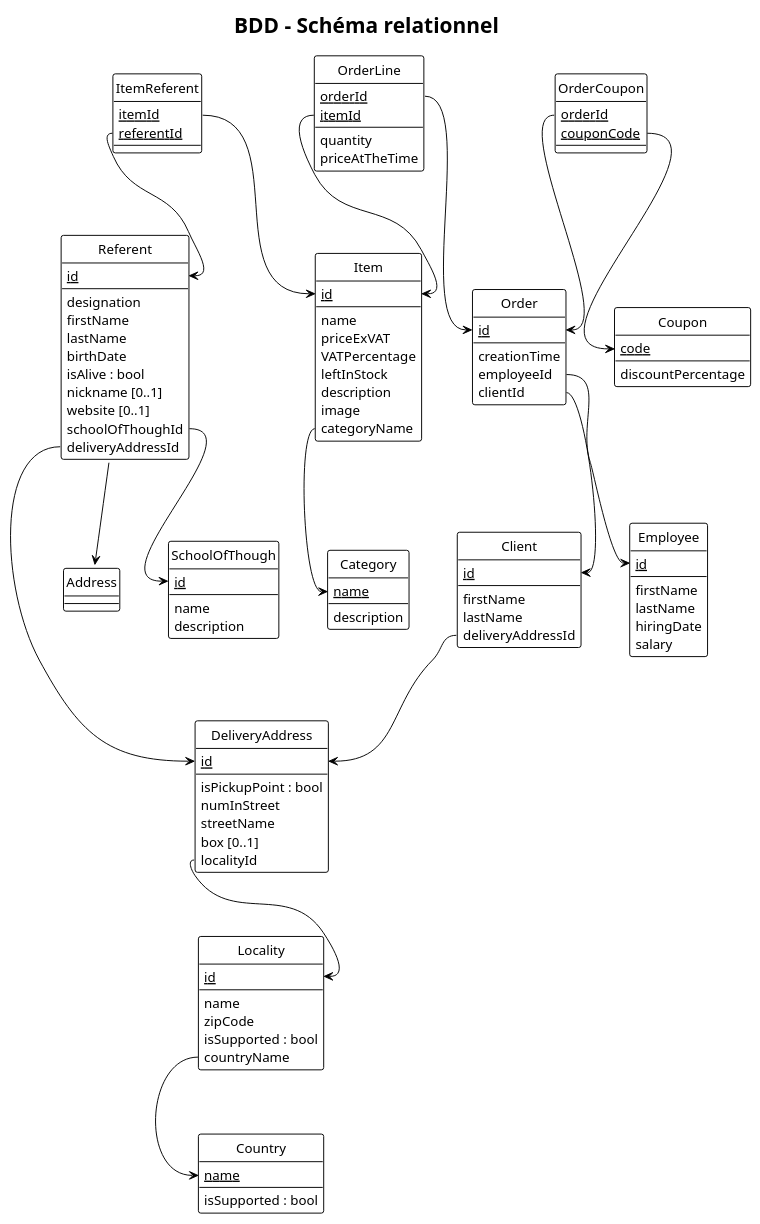
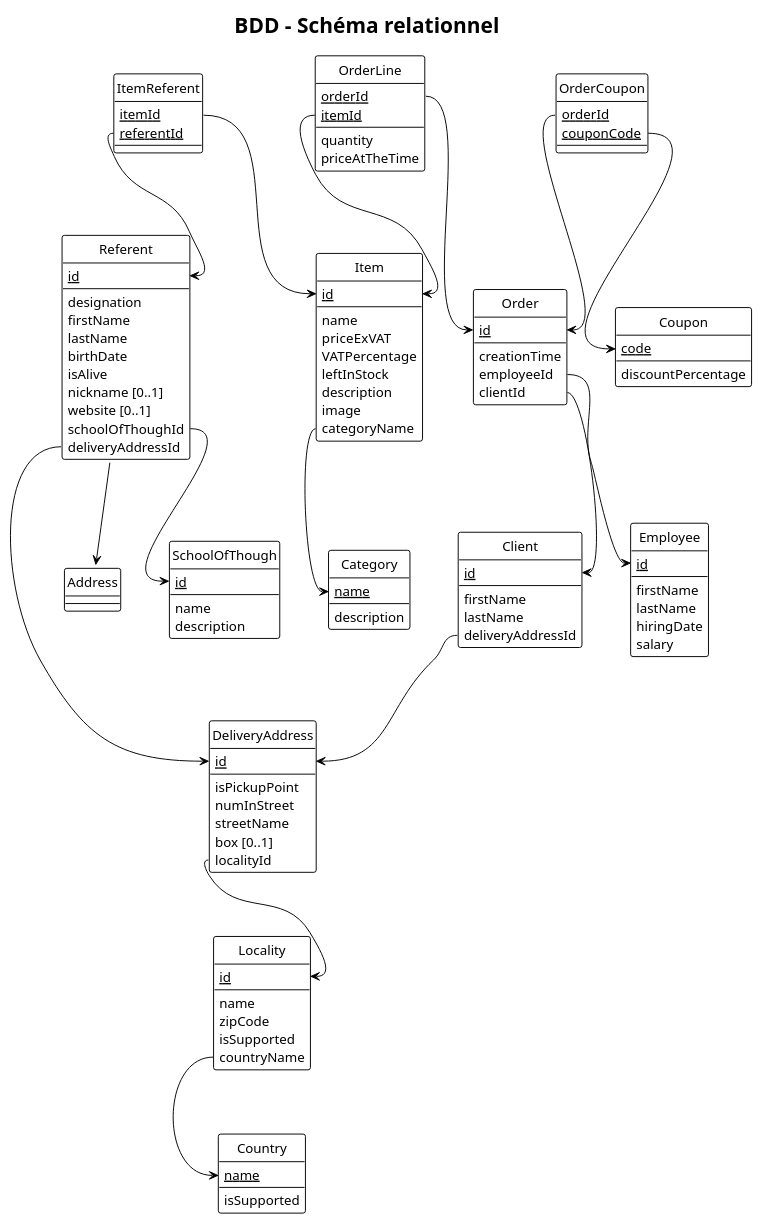
Before and after one commit to Keaexe/advanced_POO: the diagram in relational_DB_model.puml, drawn with PlantUML. The commit also changed 1 other file, not shown here.

Commit message:
Remove useless bool types

```diff
--- a/relational_DB_model.puml
+++ b/relational_DB_model.puml
@@ -1,132 +1,132 @@
 @startuml BDD - Schéma relationnel
 title BDD - Schéma relationnel
 !theme plain
 hide circle
 
 entity Item{
   <u>id</u>
   --
   name
   priceExVAT
   VATPercentage
   leftInStock
   description
   image
   categoryName
 }
 entity Category{
   <u>name</u>
   --
   description
 }
 entity Referent{
   <u>id</u>
   --
   designation
   firstName
   lastName
   birthDate
-  isAlive : bool
+  isAlive 
   nickname [0..1]
   website [0..1]
   schoolOfThoughId
   deliveryAddressId
 }
 entity SchoolOfThough{
   <u>id</u>
   --
   name
   description
 }
 entity Order{
   <u>id</u>
   --
   creationTime
   employeeId
   clientId
 }
 entity Client{
   <u>id</u>
   --
   firstName
   lastName
   deliveryAddressId
 }
 entity OrderLine{
   <u>orderId</u>
   <u>itemId</u>
   --
   quantity
   priceAtTheTime
 }
 
 
 entity Coupon{
   <u>code</u>
   --
   discountPercentage
 }
 
 entity Employee{
   <u>id</u>
   --
   firstName
   lastName
   hiringDate
   salary
 }
 entity Country{
   <u>name</u>
   --
-  isSupported : bool
+  isSupported 
 }
 entity Locality{
   <u>id</u>
   --
   name
   zipCode
-  isSupported : bool
+  isSupported 
   countryName
 }
 entity DeliveryAddress{
   <u>id</u>
   --
-  isPickupPoint : bool
+  isPickupPoint 
   numInStreet
   streetName
   box [0..1]
   localityId
 }
 
 entity OrderCoupon{
   <u>orderId</u>
   <u>couponCode</u>
 }
 entity ItemReferent{
   <u>itemId</u>
   <u>referentId</u>
 }
 
 Item::categoryName --> Category::name
 
 Referent::schoolOfThoughId --> SchoolOfThough::id
 Referent::deliveryAddressId --> DeliveryAddress::id
 
 Order::employeeId --> Employee::id
 Order::clientId --> Client::id
 
 Client::deliveryAddressId --> DeliveryAddress::id
 
 OrderLine::orderId --> Order::id
 OrderLine::itemId --> Item::id
 
 Locality::countryName --> Country::name
 DeliveryAddress::localityId --> Locality::id
 
 OrderCoupon::orderId --> Order::id
 OrderCoupon::couponCode --> Coupon::code
 
 ItemReferent::itemId --> Item::id
 ItemReferent::referentId --> Referent::id
 Referent::address --> Address::id
 @enduml
```
